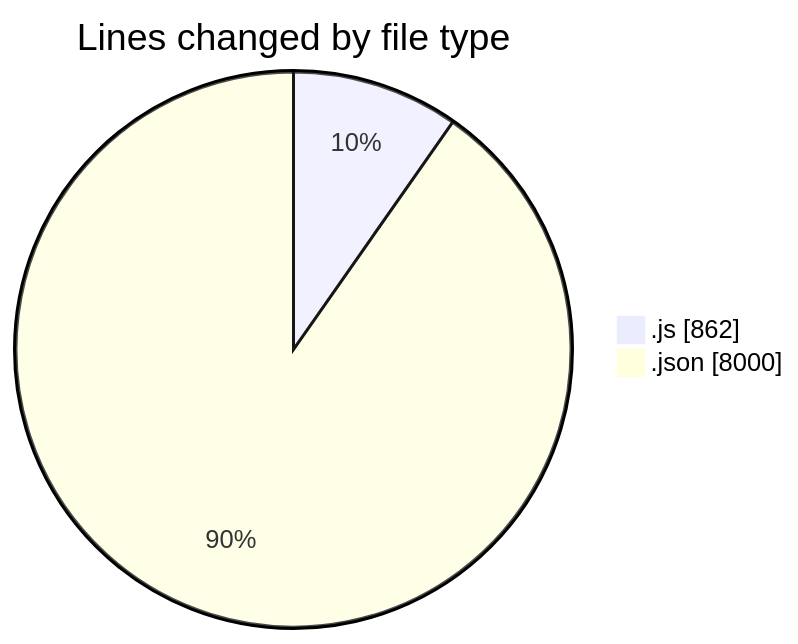
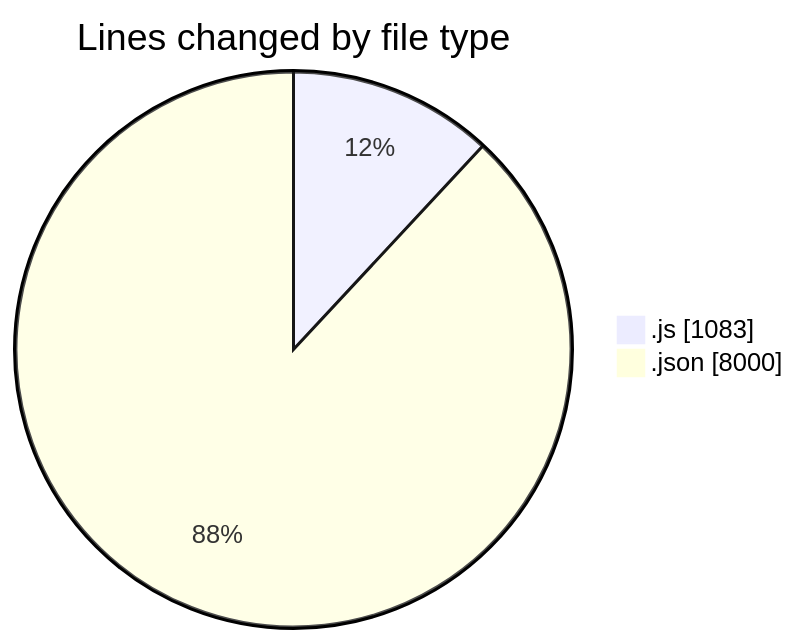
Before and after one commit to momahboobian/code-tracking: the first of 2 diagrams in 2025-01-11/good-pr/README.md, drawn with Mermaid. The commit also changed other lines of this file and 1 other file, not shown here.

````diff
--- a/2025-01-11/good-pr/README.md
+++ b/2025-01-11/good-pr/README.md
@@ -28,6 +31,6 @@
 ```mermaid
 pie showData
 title Lines changed by file type
-".js" : 862
+".js" : 1083
 ".json" : 8000
 ```
````
